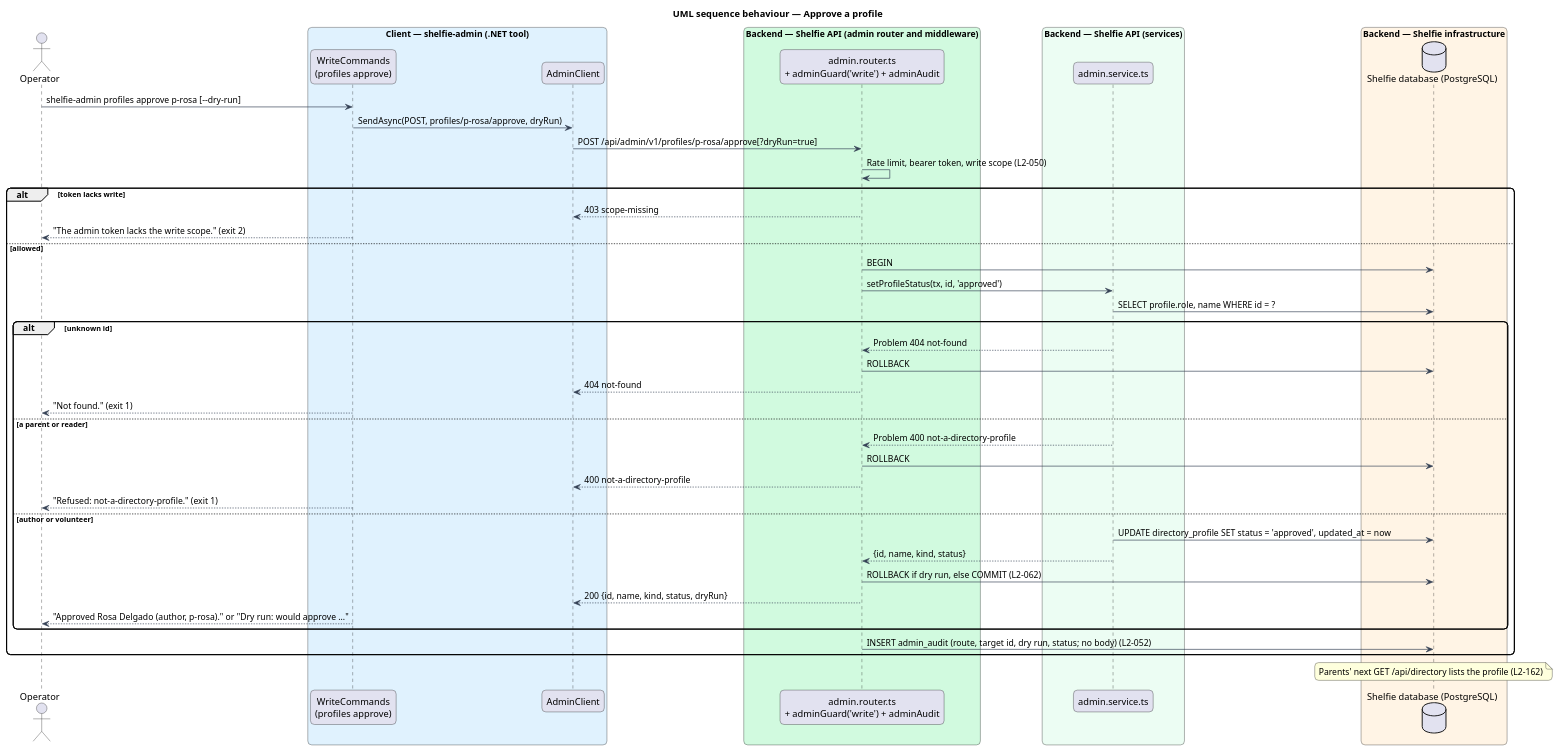
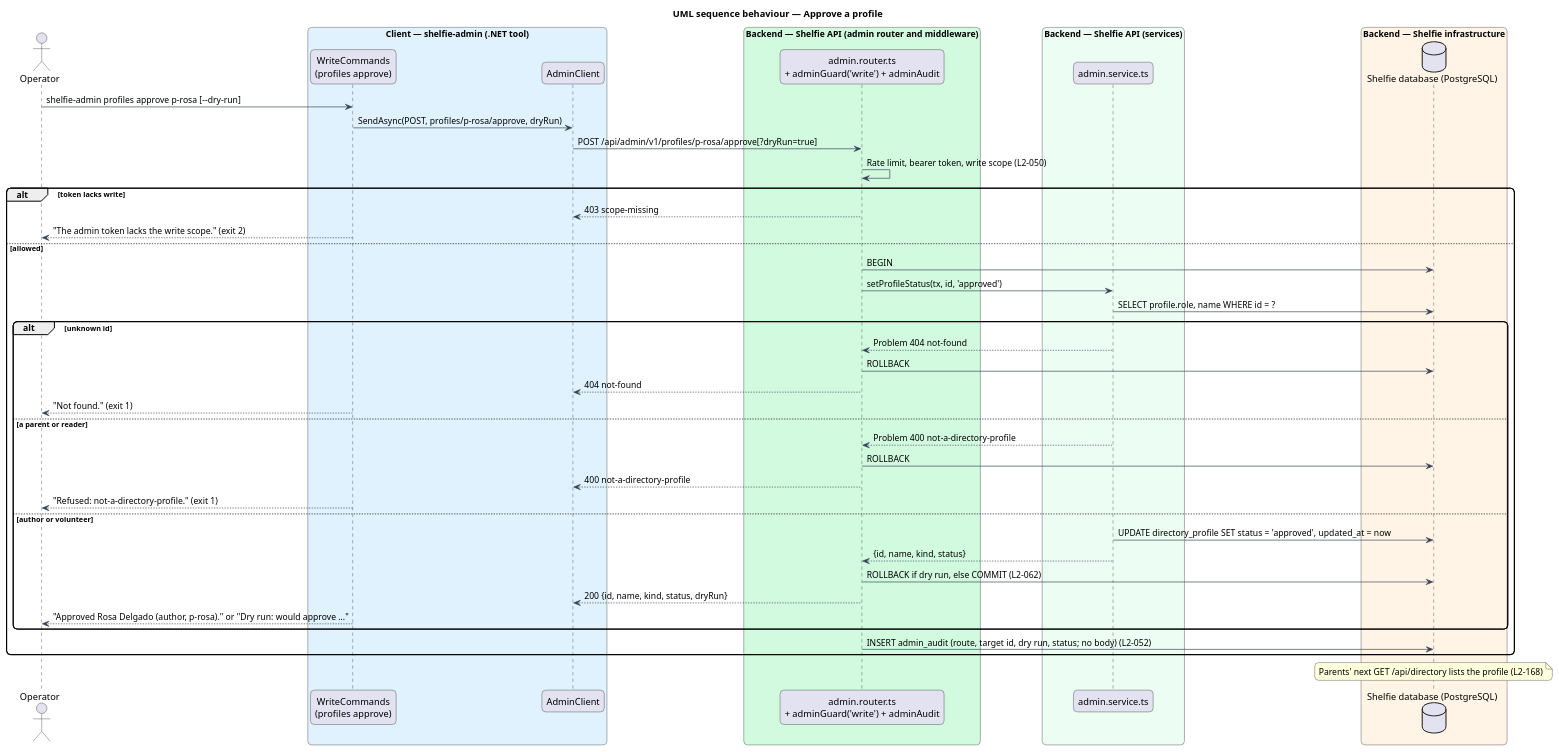
Before and after one commit to QuinntyneBrown/shelfie: the diagram in docs/detailed-designs/admin-cli/approve-profiles/diagrams/sequence-approve-profile.puml, drawn with PlantUML. The commit also changed 125 other files, not shown here.

```diff
--- a/docs/detailed-designs/admin-cli/approve-profiles/diagrams/sequence-approve-profile.puml
+++ b/docs/detailed-designs/admin-cli/approve-profiles/diagrams/sequence-approve-profile.puml
@@ -1,54 +1,54 @@
 @startuml
 title UML sequence behaviour — Approve a profile
 skinparam backgroundColor #FFFFFF
 skinparam shadowing false
 skinparam roundcorner 12
 skinparam defaultFontName Arial
 skinparam ArrowColor #344054
 actor "Operator" as operator
 box "Client — shelfie-admin (.NET tool)" #E0F2FE
   participant "WriteCommands\n(profiles approve)" as cmd
   participant "AdminClient" as client
 end box
 box "Backend — Shelfie API (admin router and middleware)" #D1FADF
   participant "admin.router.ts\n+ adminGuard('write') + adminAudit" as router
 end box
 box "Backend — Shelfie API (services)" #ECFDF3
   participant "admin.service.ts" as service
 end box
 box "Backend — Shelfie infrastructure" #FFF4E5
   database "Shelfie database (PostgreSQL)" as db
 end box
 
 operator -> cmd : shelfie-admin profiles approve p-rosa [--dry-run]
 cmd -> client : SendAsync(POST, profiles/p-rosa/approve, dryRun)
 client -> router : POST /api/admin/v1/profiles/p-rosa/approve[?dryRun=true]
 router -> router : Rate limit, bearer token, write scope (L2-050)
 alt token lacks write
   router --> client : 403 scope-missing
   cmd --> operator : "The admin token lacks the write scope." (exit 2)
 else allowed
   router -> db : BEGIN
   router -> service : setProfileStatus(tx, id, 'approved')
   service -> db : SELECT profile.role, name WHERE id = ?
   alt unknown id
     service --> router : Problem 404 not-found
     router -> db : ROLLBACK
     router --> client : 404 not-found
     cmd --> operator : "Not found." (exit 1)
   else a parent or reader
     service --> router : Problem 400 not-a-directory-profile
     router -> db : ROLLBACK
     router --> client : 400 not-a-directory-profile
     cmd --> operator : "Refused: not-a-directory-profile." (exit 1)
   else author or volunteer
     service -> db : UPDATE directory_profile SET status = 'approved', updated_at = now
     service --> router : {id, name, kind, status}
     router -> db : ROLLBACK if dry run, else COMMIT (L2-062)
     router --> client : 200 {id, name, kind, status, dryRun}
     cmd --> operator : "Approved Rosa Delgado (author, p-rosa)." or "Dry run: would approve …"
   end
   router -> db : INSERT admin_audit (route, target id, dry run, status; no body) (L2-052)
 end
-note over db : Parents' next GET /api/directory lists the profile (L2-162)
+note over db : Parents' next GET /api/directory lists the profile (L2-168)
 @enduml
```
